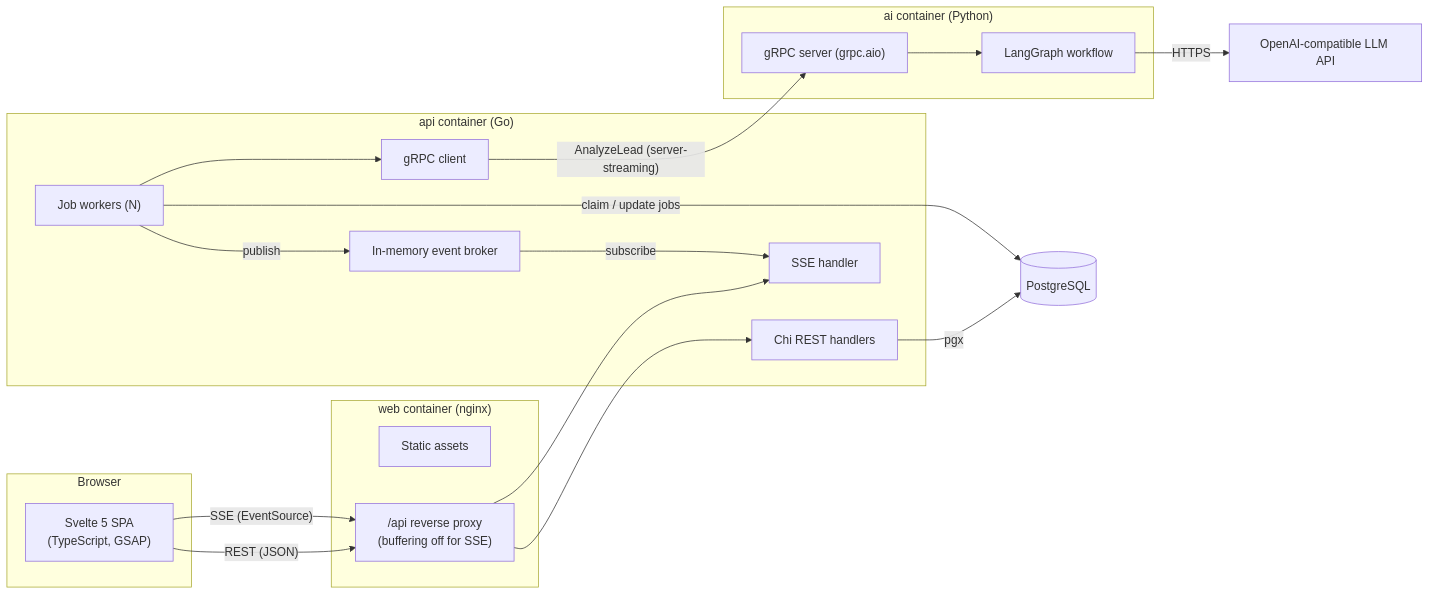
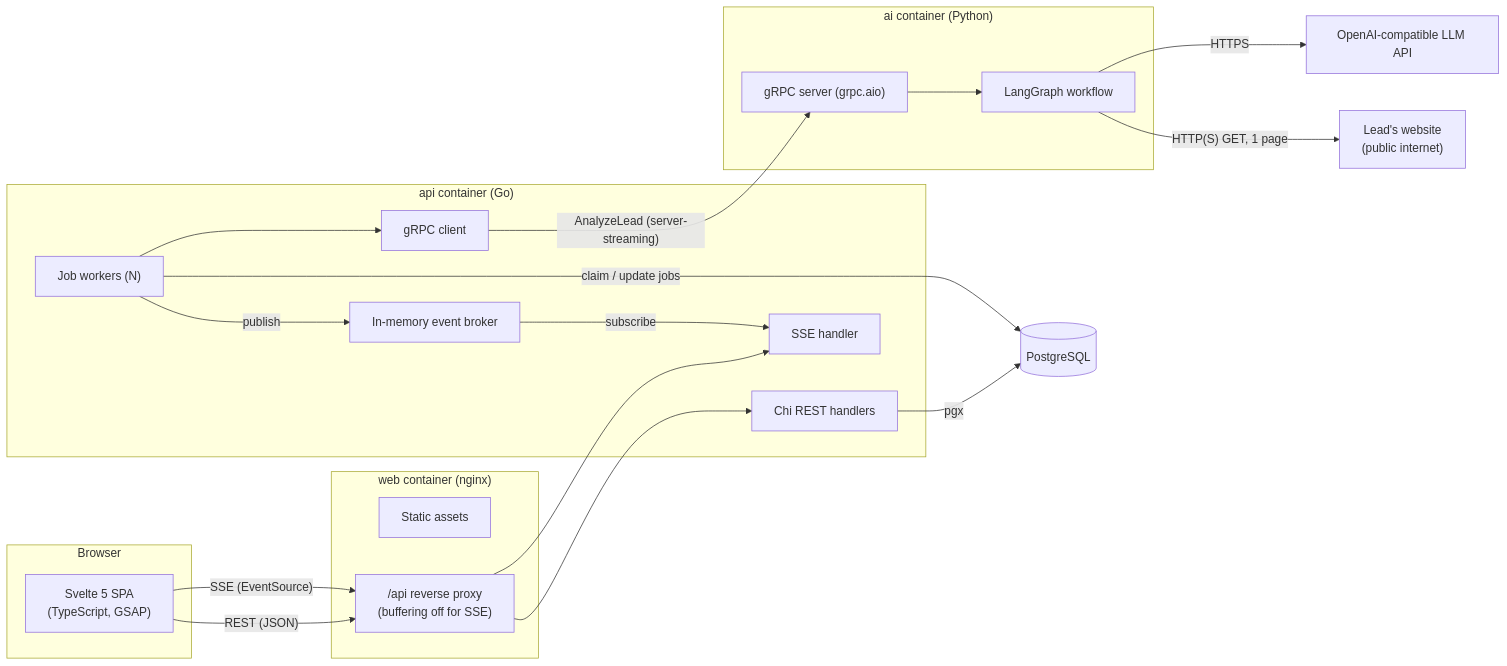
Before and after one commit to zori7/lead-intelligence-platform: the first of 5 diagrams in SPEC.md, drawn with Mermaid. The commit also changed other lines of this file and 1 other file, not shown here.

First line of the commit message:
Ground company insights in the lead's website

````diff
--- a/SPEC.md
+++ b/SPEC.md
@@ -66,40 +68,42 @@
 ```mermaid
 flowchart LR
     subgraph Browser
         UI["Svelte 5 SPA<br/>(TypeScript, GSAP)"]
     end
 
     subgraph web["web container (nginx)"]
         STATIC["Static assets"]
         PROXY["/api reverse proxy<br/>(buffering off for SSE)"]
     end
 
     subgraph api["api container (Go)"]
         HTTP["Chi REST handlers"]
         SSE["SSE handler"]
         BROKER["In-memory event broker"]
         WORKERS["Job workers (N)"]
         GRPCC["gRPC client"]
     end
 
     subgraph ai["ai container (Python)"]
         GRPCS["gRPC server (grpc.aio)"]
         GRAPH["LangGraph workflow"]
     end
 
     DB[(PostgreSQL)]
     LLM["OpenAI-compatible LLM API"]
+    SITE["Lead's website<br/>(public internet)"]
 
     UI -- "REST (JSON)" --> PROXY
     UI -- "SSE (EventSource)" --> PROXY
     PROXY --> HTTP
     PROXY --> SSE
     HTTP -- pgx --> DB
     WORKERS -- "claim / update jobs" --> DB
     WORKERS --> GRPCC
     GRPCC -- "AnalyzeLead (server-streaming)" --> GRPCS
     GRPCS --> GRAPH
     GRAPH -- HTTPS --> LLM
+    GRAPH -- "HTTP(S) GET, 1 page" --> SITE
     WORKERS -- publish --> BROKER
     BROKER -- subscribe --> SSE
 ```
````
